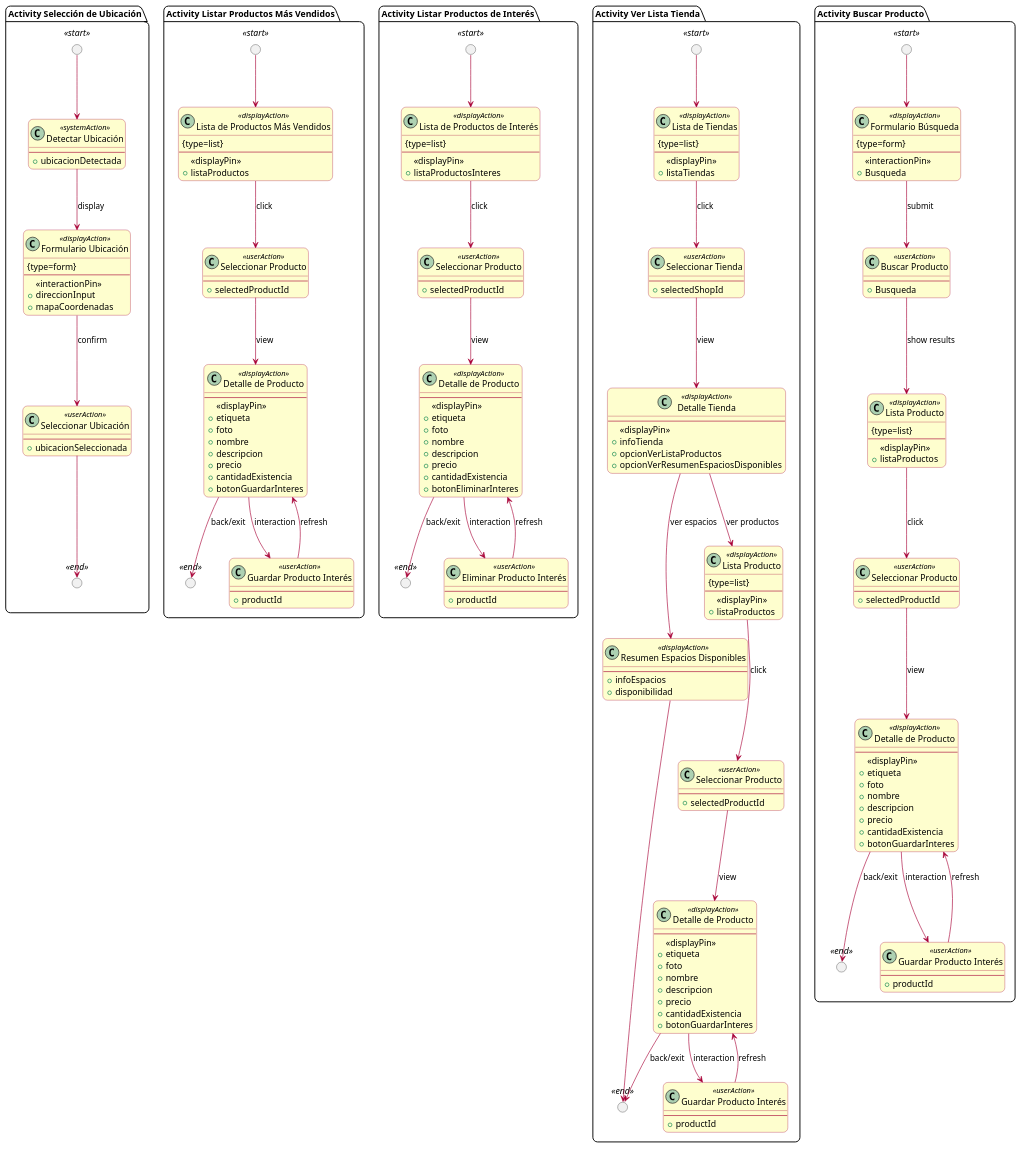
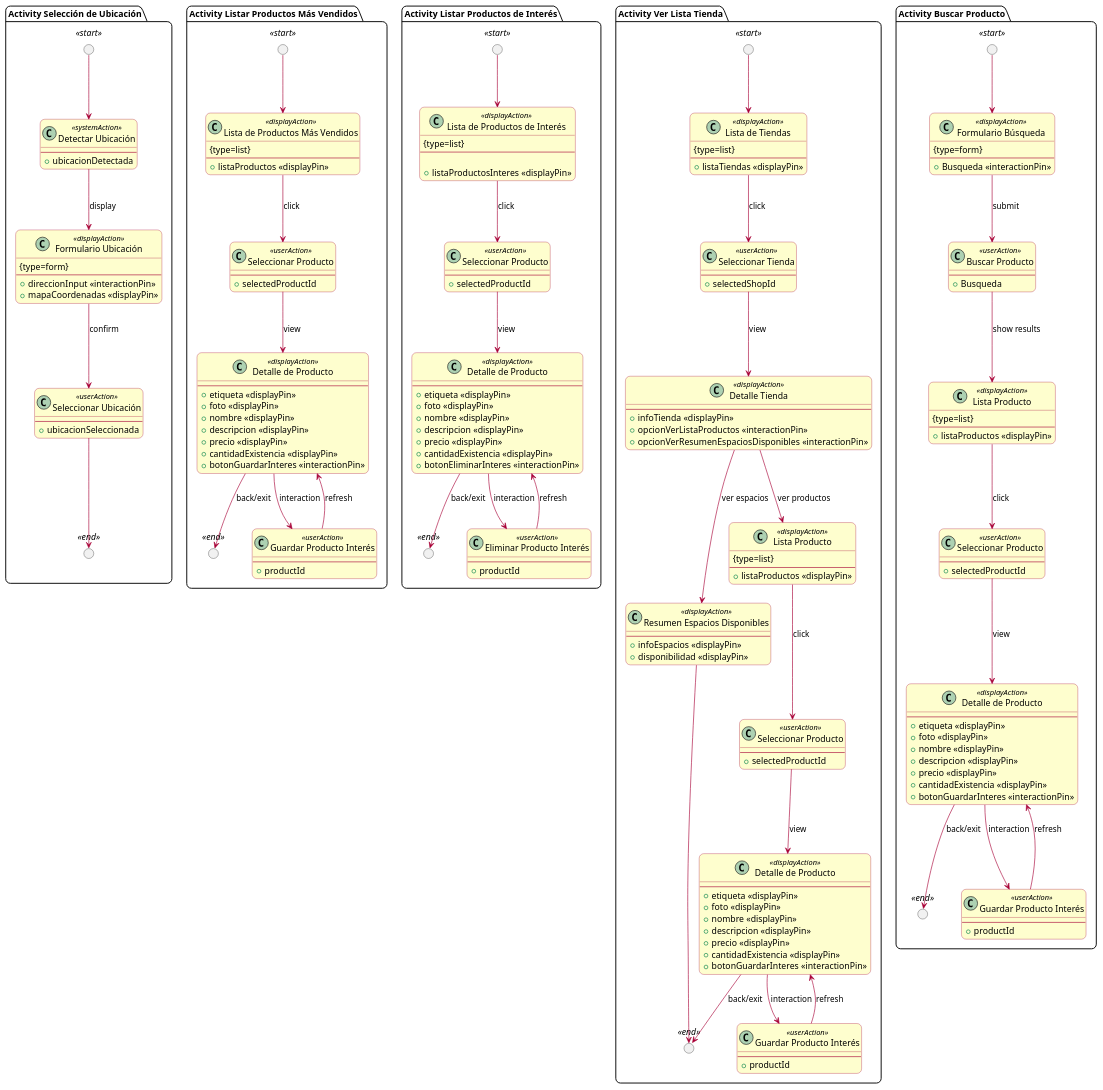
Before and after one commit to AtomicDevelopers/UWE-Tienda-Colectiva: the diagram in Requirements Model/customer_user/Activites/customer_user_activites.puml, drawn with PlantUML. The commit also changed 2 other files, not shown here.

```diff
--- a/Requirements Model/customer_user/Activites/customer_user_activites.puml
+++ b/Requirements Model/customer_user/Activites/customer_user_activites.puml
@@ -44,9 +44,8 @@
   class "Formulario Ubicación" as Loc_Form <<displayAction>> {
     {type=form}
     --
-    <<interactionPin>>
-    + direccionInput
-    + mapaCoordenadas
+    + direccionInput <<interactionPin>>
+    + mapaCoordenadas <<displayPin>>
   }
 
   class "Seleccionar Ubicación" as Loc_Select <<userAction>> {
@@ -71,8 +70,7 @@
   class "Lista de Productos Más Vendidos" as Prod_List <<displayAction>> {
     {type=list}
     --
-    <<displayPin>>
-    + listaProductos
+    + listaProductos <<displayPin>>
   }
 
   class "Seleccionar Producto" as Prod_Select <<userAction>> {
@@ -82,14 +80,13 @@
 
   class "Detalle de Producto" as Prod_Detail <<displayAction>> {
     --
-    <<displayPin>>
-    + etiqueta
-    + foto
-    + nombre
-    + descripcion
-    + precio
-    + cantidadExistencia
-    + botonGuardarInteres
+    + etiqueta <<displayPin>>
+    + foto <<displayPin>>
+    + nombre <<displayPin>>
+    + descripcion <<displayPin>>
+    + precio <<displayPin>>
+    + cantidadExistencia <<displayPin>>
+    + botonGuardarInteres <<interactionPin>>
   }
 
   class "Guardar Producto Interés" as Prod_Save <<userAction>> {
@@ -117,8 +114,8 @@
   class "Lista de Productos de Interés" as Interest_List <<displayAction>> {
     {type=list}
     --
-    <<displayPin>>
-    + listaProductosInteres
+    
+    + listaProductosInteres <<displayPin>>
   }
 
   class "Seleccionar Producto" as Interest_Select <<userAction>> {
@@ -128,14 +125,13 @@
 
   class "Detalle de Producto" as Interest_Detail <<displayAction>> {
     --
-    <<displayPin>>
-    + etiqueta
-    + foto
-    + nombre
-    + descripcion
-    + precio
-    + cantidadExistencia
-    + botonEliminarInteres
+    + etiqueta <<displayPin>>
+    + foto <<displayPin>>
+    + nombre <<displayPin>>
+    + descripcion <<displayPin>>
+    + precio <<displayPin>>
+    + cantidadExistencia <<displayPin>>
+    + botonEliminarInteres <<interactionPin>>
   }
 
   class "Eliminar Producto Interés" as Interest_Remove <<userAction>> {
@@ -163,8 +159,7 @@
   class "Lista de Tiendas" as Shop_List <<displayAction>> {
     {type=list}
     --
-    <<displayPin>>
-    + listaTiendas
+    + listaTiendas <<displayPin>>
   }
 
   class "Seleccionar Tienda" as Shop_Select <<userAction>> {
@@ -174,16 +169,15 @@
 
   class "Detalle Tienda" as Shop_Detail <<displayAction>> {
     --
-    <<displayPin>>
-    + infoTienda
-    + opcionVerListaProductos
-    + opcionVerResumenEspaciosDisponibles
+    + infoTienda <<displayPin>>
+    + opcionVerListaProductos <<interactionPin>>
+    + opcionVerResumenEspaciosDisponibles <<interactionPin>>
   }
 
   class "Resumen Espacios Disponibles" as Space_Summary <<displayAction>> {
     --
-    + infoEspacios
-    + disponibilidad
+    + infoEspacios <<displayPin>>
+    + disponibilidad <<displayPin>>
   }
 
   Shop_Start --> Shop_List
@@ -197,8 +191,7 @@
   class "Lista Producto" as Shop_Prod_List <<displayAction>> {
     {type=list}
     --
-    <<displayPin>>
-    + listaProductos
+    + listaProductos <<displayPin>>
   }
 
   class "Seleccionar Producto" as Shop_Prod_Select <<userAction>> {
@@ -208,14 +201,13 @@
 
   class "Detalle de Producto" as Shop_Prod_Detail <<displayAction>> {
     --
-    <<displayPin>>
-    + etiqueta
-    + foto
-    + nombre
-    + descripcion
-    + precio
-    + cantidadExistencia
-    + botonGuardarInteres
+    + etiqueta <<displayPin>>
+    + foto <<displayPin>>
+    + nombre <<displayPin>>
+    + descripcion <<displayPin>>
+    + precio <<displayPin>>
+    + cantidadExistencia <<displayPin>>
+    + botonGuardarInteres <<interactionPin>>
   }
 
   class "Guardar Producto Interés" as Shop_Prod_Save <<userAction>> {
@@ -245,8 +237,7 @@
   class "Formulario Búsqueda" as Search_Form <<displayAction>> {
     {type=form}
     --
-    <<interactionPin>>
-    + Busqueda
+    + Busqueda <<interactionPin>>
   }
 
   class "Buscar Producto" as Search_Action <<userAction>> {
@@ -257,8 +248,7 @@
   class "Lista Producto" as Search_List <<displayAction>> {
     {type=list}
     --
-    <<displayPin>>
-    + listaProductos
+    + listaProductos <<displayPin>>
   }
 
   class "Seleccionar Producto" as Search_Select <<userAction>> {
@@ -268,14 +258,13 @@
 
   class "Detalle de Producto" as Search_Detail <<displayAction>> {
     --
-    <<displayPin>>
-    + etiqueta
-    + foto
-    + nombre
-    + descripcion
-    + precio
-    + cantidadExistencia
-    + botonGuardarInteres
+    + etiqueta <<displayPin>>
+    + foto <<displayPin>>
+    + nombre <<displayPin>>
+    + descripcion <<displayPin>>
+    + precio <<displayPin>>
+    + cantidadExistencia <<displayPin>>
+    + botonGuardarInteres <<interactionPin>>
   }
 
   class "Guardar Producto Interés" as Search_Save <<userAction>> {
```
